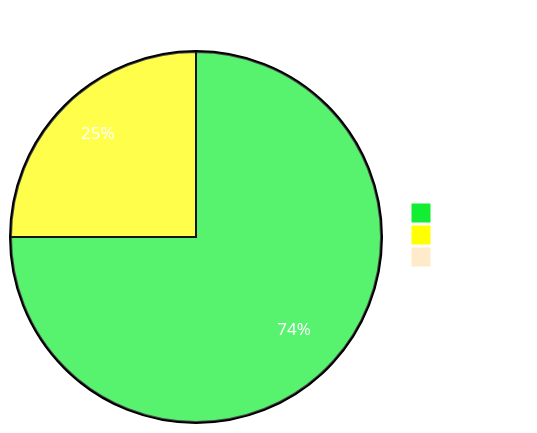
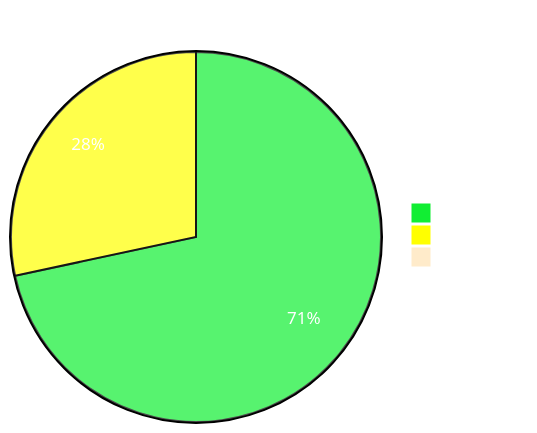
The diagram in Readme.md (sumanthtatipamula/Programming), drawn with Mermaid before and after one commit. The commit also changed 8 other files, not shown here.

````diff
--- a/Readme.md
+++ b/Readme.md
@@ -23,20 +23,20 @@
 ```mermaid
 %%{
   init:
   {
     'theme': 'base',
     'themeVariables':
       {
         'primaryTextColor': '#fff',
         'pie1': '#1E3',
         'pie2': '#FFFF00',
         'pie3': '#ffebca'
       }
   }
 }%%
 pie showData
     title Problems Solved Per Tag
     "Tree" : 96
-    "Graphs": 32
+    "Graphs": 38
     "Arrays": 1
 ```
````
